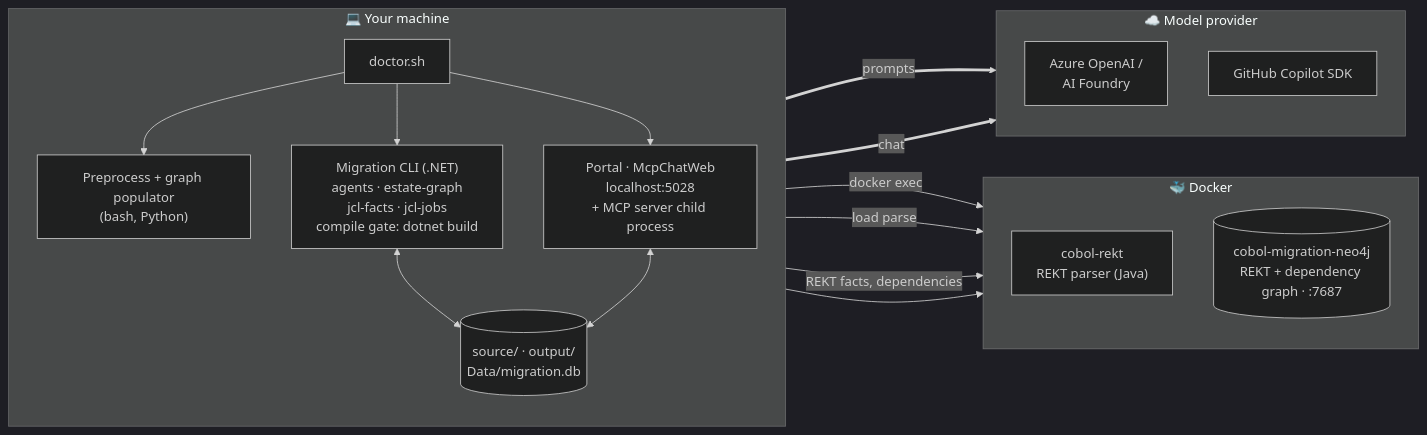
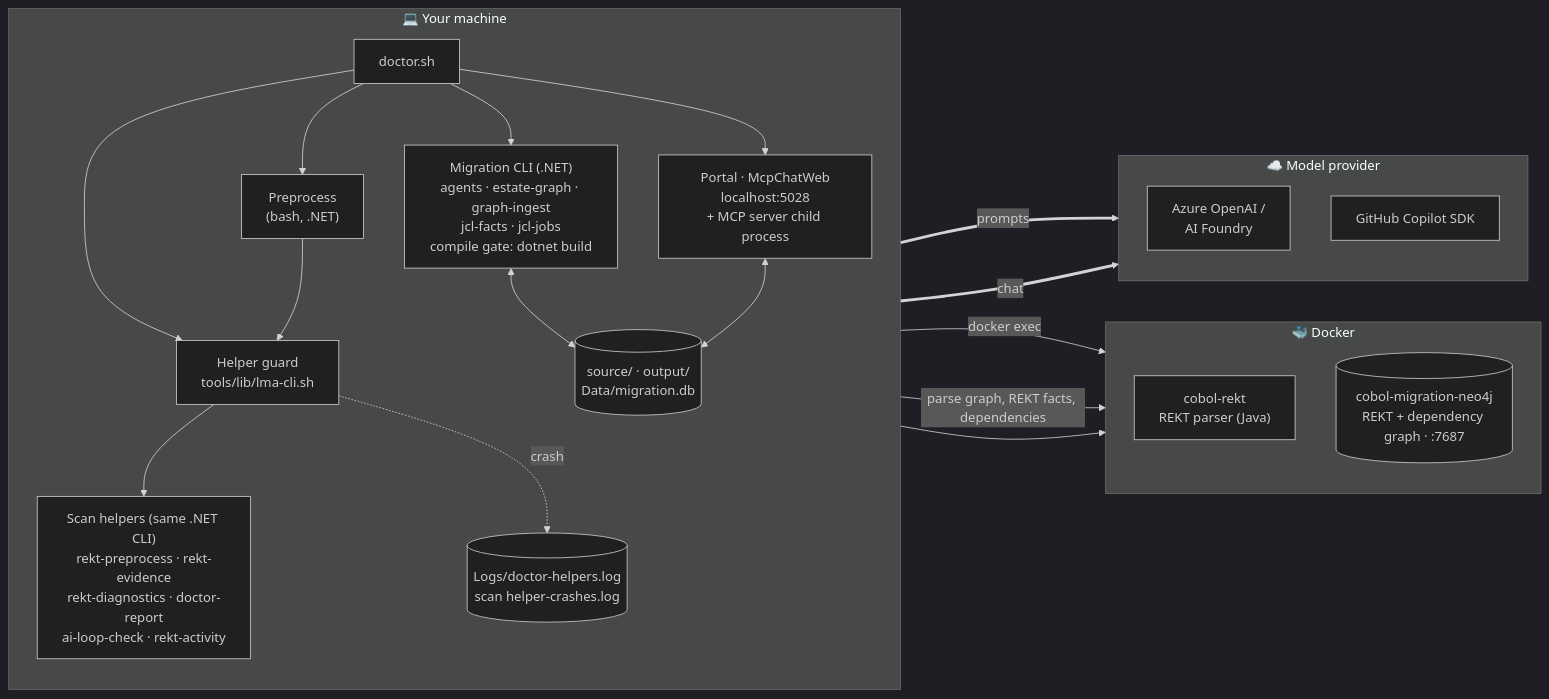
One commit to zqf20096327/ai_collect changed the second of 10 diagrams in data/readmes/Azure-Samples__Legacy-Modernization-Agents.md. Above: the diagram before and after it, drawn with Mermaid (dark theme). The commit also changed other lines of this file and 1917 other files, not shown here.

````diff
--- a/data/readmes/Azure-Samples__Legacy-Modernization-Agents.md
+++ b/data/readmes/Azure-Samples__Legacy-Modernization-Agents.md
@@ -150,35 +150,41 @@
 ```mermaid
 flowchart LR
     subgraph HOST["💻 Your machine"]
         direction TB
         DOCTOR["doctor.sh"]
-        CLI["Migration CLI (.NET)<br/>agents · estate-graph<br/>jcl-facts · jcl-jobs<br/>compile gate: dotnet build"]
+        CLI["Migration CLI (.NET)<br/>agents · estate-graph · graph-ingest<br/>jcl-facts · jcl-jobs<br/>compile gate: dotnet build"]
+        HELPERS["Scan helpers (same .NET CLI)<br/>rekt-preprocess · rekt-evidence<br/>rekt-diagnostics · doctor-report<br/>ai-loop-check · rekt-activity"]
+        GUARD["Helper guard<br/>tools/lib/lma-cli.sh"]
         WEB["Portal · McpChatWeb<br/>localhost:5028<br/>+ MCP server child process"]
-        PRE["Preprocess + graph populator<br/>(bash, Python)"]
+        PRE["Preprocess<br/>(bash, .NET)"]
         FILES[("source/ · output/<br/>Data/migration.db")]
+        LOGS[("Logs/doctor-helpers.log<br/>scan helper-crashes.log")]
         DOCTOR --> PRE
         DOCTOR --> CLI
         DOCTOR --> WEB
+        DOCTOR --> GUARD
+        PRE --> GUARD
+        GUARD --> HELPERS
+        GUARD -.->|crash| LOGS
     end
 
     subgraph DOCKER["🐳 Docker"]
         direction TB
         REKT["cobol-rekt<br/>REKT parser (Java)"]
         NEO[("cobol-migration-neo4j<br/>REKT + dependency graph · :7687")]
     end
 
     subgraph CLOUD["☁️ Model provider"]
         direction TB
         AOAI["Azure OpenAI /<br/>AI Foundry"]
         GHCP["GitHub Copilot SDK"]
     end
 
     PRE -->|docker exec| REKT
-    PRE -->|load parse| NEO
     CLI <--> FILES
-    CLI -->|REKT facts, dependencies| NEO
+    CLI -->|parse graph, REKT facts, dependencies| NEO
     WEB <--> FILES
     WEB --> NEO
     CLI ==>|prompts| CLOUD
     WEB ==>|chat| CLOUD
 ```
````
